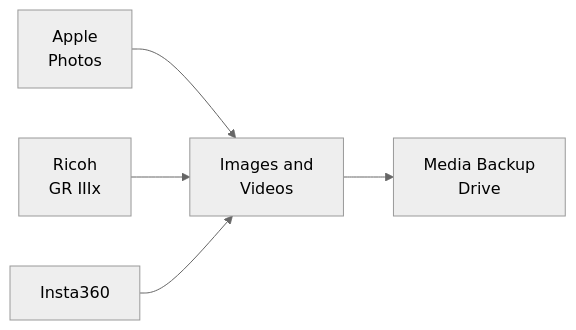
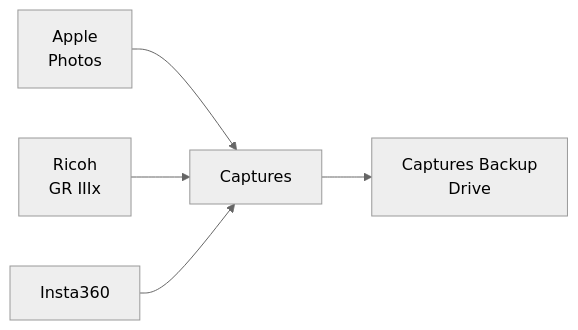
The second of 2 diagrams in notes/personal/content-management-audit.md (iamharryliu/vigilant-broccoli), drawn with Mermaid (neutral theme) before and after one commit. The commit also changed other lines of this file and 1 other file, not shown here.

````diff
--- a/notes/personal/content-management-audit.md
+++ b/notes/personal/content-management-audit.md
@@ -53,6 +95,6 @@
 ```mermaid
 flowchart LR
-    A["Apple<br/>Photos"] --> B["Images and<br/>Videos"] --> C["Media Backup<br/>Drive"]
+    A["Apple<br/>Photos"] --> B["Captures"] --> C["Captures Backup<br/>Drive"]
     D["Ricoh<br/>GR IIIx"] --> B
     E["Insta360"] --> B
 ```
````
